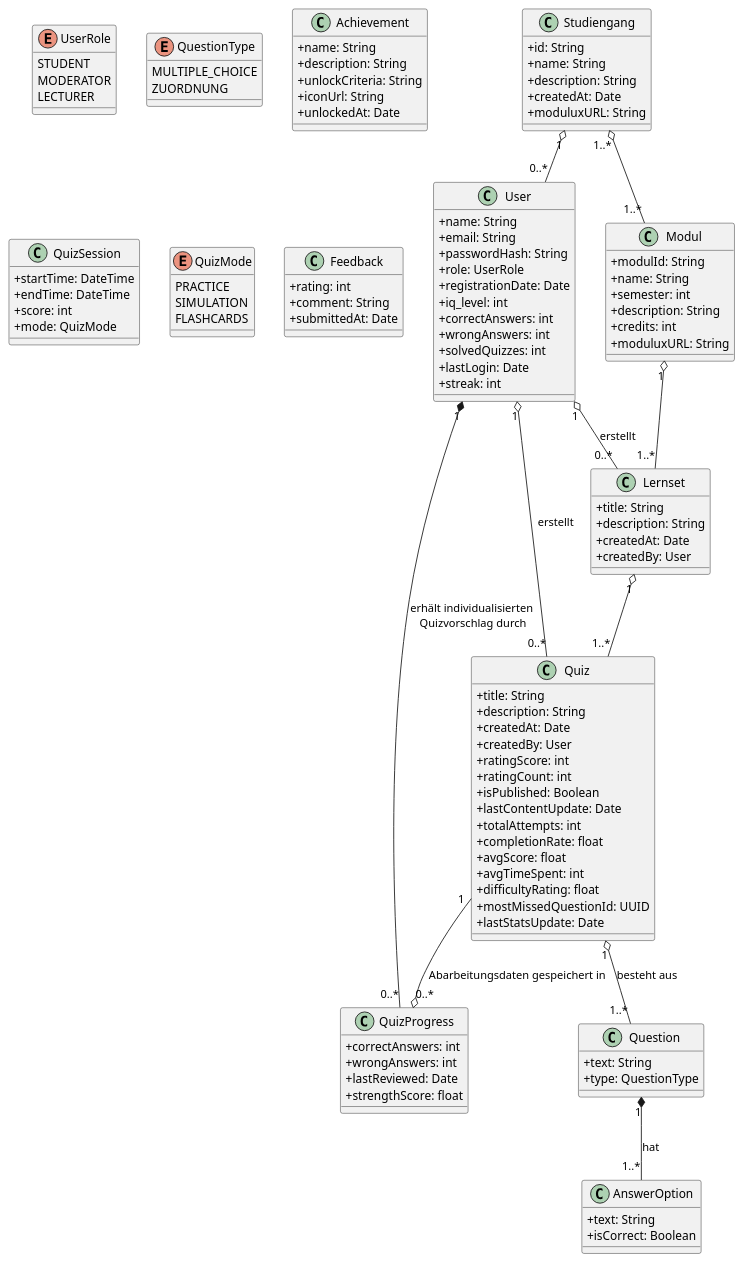
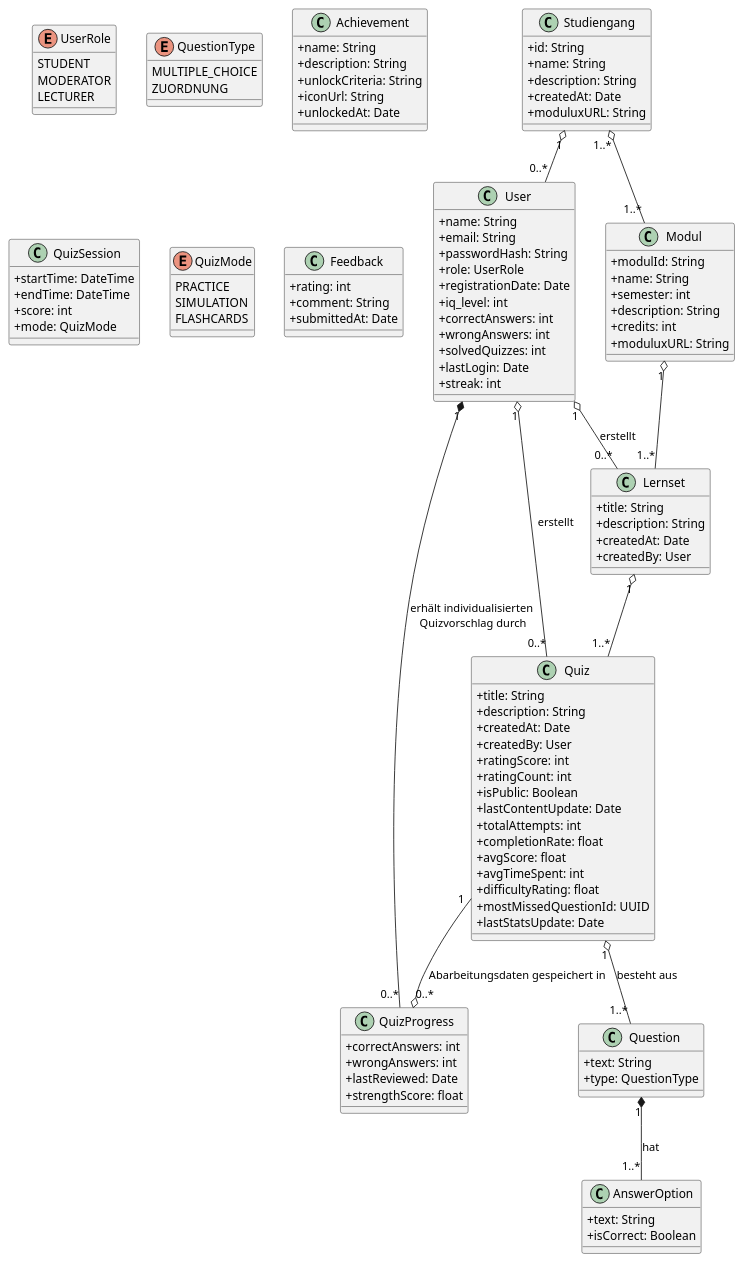
One commit to Gorg-tech/StudIQ changed the diagram in docs/requirements/images/dommodell.puml. Above: the diagram before and after it, drawn with PlantUML.

```diff
--- a/docs/requirements/images/dommodell.puml
+++ b/docs/requirements/images/dommodell.puml
@@ -1,145 +1,145 @@
 @startuml
 skinparam classAttributeIconSize 0
 
 ' ----------------------------
 '      Entitäten / Klassen
 ' ----------------------------
 
 class User {
   +name: String
   +email: String
   +passwordHash: String
   +role: UserRole
   +registrationDate: Date
   +iq_level: int
   +correctAnswers: int
   +wrongAnswers: int
   +solvedQuizzes: int 
   +lastLogin: Date
   'zusätzliche Speicherung der solvedQuizzes, 
   'da bei Referenz auf Quiz nach Löschen dieses Probleme entstehen
   +streak: int
 }
 
 enum UserRole {
   STUDENT
   MODERATOR
   LECTURER
 }
 
 class Modul {
   +modulId: String
   +name: String
   +semester: int
   +description: String
   +credits: int
   +moduluxURL: String
 }
 
 class Lernset {
   +title: String
   +description: String
   +createdAt: Date
   +createdBy: User
 }
 
 class Quiz {
   +title: String
   +description: String
   +createdAt: Date
   +createdBy: User
   +ratingScore: int
   +ratingCount: int
-  +isPublished: Boolean
+  +isPublic: Boolean
   +lastContentUpdate: Date 
   +totalAttempts: int
   +completionRate: float
   +avgScore: float
   +avgTimeSpent: int
   +difficultyRating: float
   +mostMissedQuestionId: UUID
   +lastStatsUpdate: Date
 }
 
 class Question {
   +text: String
   +type: QuestionType
 }
 
 enum QuestionType {
   MULTIPLE_CHOICE
   'FREITEXT
   ZUORDNUNG
 }
 
 class AnswerOption {
   +text: String
   +isCorrect: Boolean
 }
 
 class QuizProgress {
   +correctAnswers: int
   +wrongAnswers: int
   +lastReviewed: Date
   +strengthScore: float
 }
 
 class Achievement {
   +name: String
   +description: String
   +unlockCriteria: String
   +iconUrl: String
   +unlockedAt: Date
 }
 
 class QuizSession {
   +startTime: DateTime
   +endTime: DateTime
   +score: int
   +mode: QuizMode
 }
 
 enum QuizMode {
   PRACTICE
   SIMULATION
   FLASHCARDS
 }
 
 class Feedback {
   +rating: int
   +comment: String
   +submittedAt: Date
 }
 
 class Studiengang {
   +id: String
   +name: String
   +description: String
   +createdAt: Date
   +moduluxURL: String
 }
 
 
 ' ----------------------------
 '      Beziehungen
 ' ----------------------------
 User "1" *-- "0..*" QuizProgress : erhält individualisierten\n Quizvorschlag durch
 'User "1" *-- "0..*" QuizSession
 'User "1" o-- "0..*" Feedback
 'User "1" o-- "0..*" Achievement : erhält
 User "1" o-- "0..*" Quiz : erstellt
 User "1" o-- "0..*" Lernset : erstellt
 Studiengang "1" o-- "0..*" User
 
 'User "1" -- "0..*" StudyGroup : istMitglied
 'StudyGroup "1" -- "0..*" QuizSession : gemeinsameQuizze
 
 Modul "1" o-- "1..*" Lernset
 Lernset "1" o-- "1..*" Quiz
 Quiz "1" o-- "1..*" Question : besteht aus
 Question "1" *-- "1..*" AnswerOption : hat
 'Quiz "1" *-- "0..*" Feedback
 Quiz "1" --o "0..*" QuizProgress : Abarbeitungsdaten gespeichert in
 'Quiz "0..*" -- "1" LearningHistory : Referenz auf 
 Studiengang "1..*" o-- "1..*" Modul 
 @enduml
```
